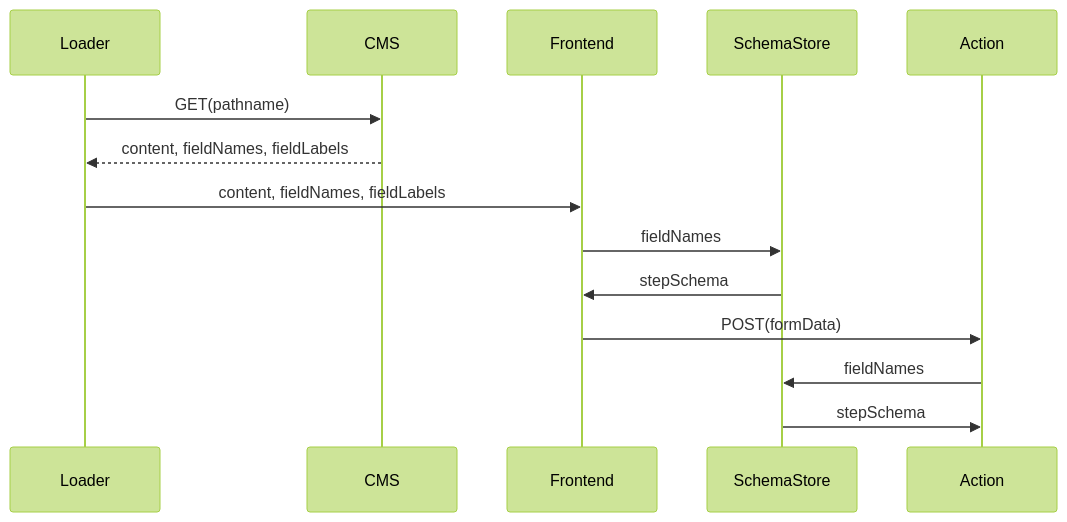
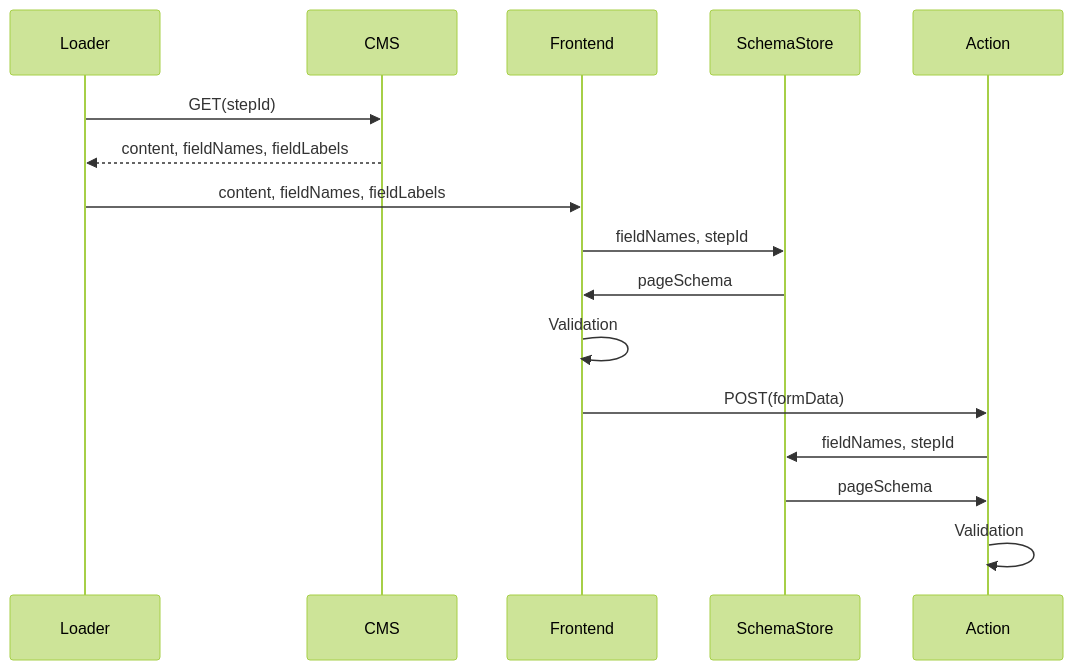
Before and after one commit to digitalservicebund/a2j-rechtsantragstelle: the first of 2 diagrams in doc/adr/0013-pageConfig-inside-application.md, drawn with Mermaid (forest theme). The commit also changed other lines of this file, not shown here.

````diff
--- a/doc/adr/0013-pageConfig-inside-application.md
+++ b/doc/adr/0013-pageConfig-inside-application.md
@@ -32,12 +32,15 @@
 ```mermaid
 sequenceDiagram
 
-Loader->>CMS: GET(pathname)
+Loader->>CMS: GET(stepId)
 CMS-->>Loader: content, fieldNames, fieldLabels
 Loader->>Frontend: content, fieldNames, fieldLabels
-Frontend->>SchemaStore: fieldNames
-SchemaStore->>Frontend: stepSchema
+Frontend->>SchemaStore: fieldNames, stepId
+SchemaStore->>Frontend: pageSchema
+Frontend->>Frontend: Validation
 Frontend->>Action: POST(formData)
-Action->>SchemaStore: fieldNames
-SchemaStore->>Action: stepSchema
+Action->>SchemaStore: fieldNames, stepId
+SchemaStore->>Action: pageSchema
+Action->>Action: Validation
+
 ```
````
